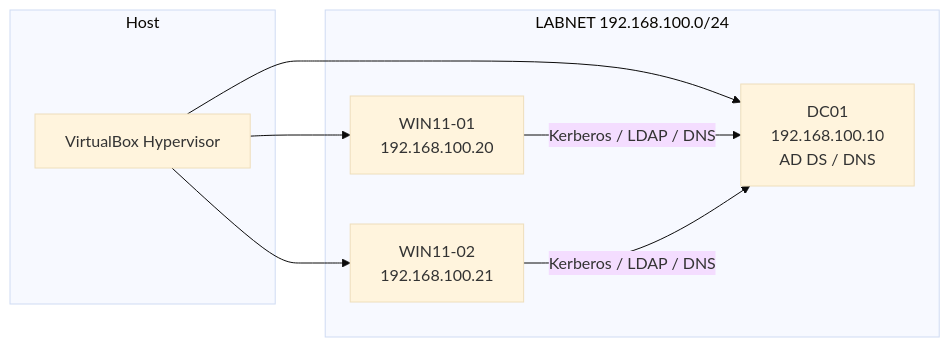
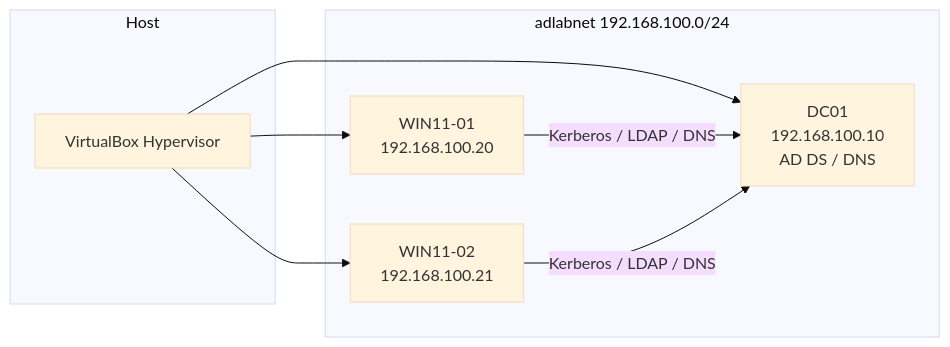
Before and after one commit to GrumpyKit10/GumChewer: the diagram in README.md, drawn with Mermaid (base theme).

Commit message:
Correcting mermaid flowchart in README

````diff
--- a/README.md
+++ b/README.md
@@ -66,19 +66,19 @@
 ```mermaid
 flowchart LR
     subgraph Host
         VB[VirtualBox Hypervisor]
     end
 
-    subgraph LABNET 192.168.100.0/24
+    subgraph adlabnet 192.168.100.0/24
         DC[DC01\n192.168.100.10\nAD DS / DNS]
         C1[WIN11-01\n192.168.100.20]
         C2[WIN11-02\n192.168.100.21]
     end
 
     VB --> DC
     VB --> C1
     VB --> C2
 
     C1 -->|Kerberos / LDAP / DNS| DC
     C2 -->|Kerberos / LDAP / DNS| DC
 ```
````
